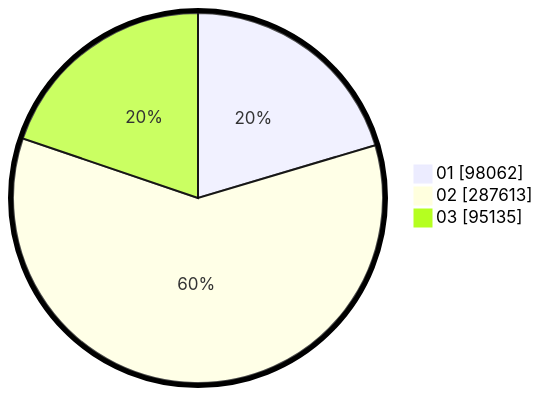
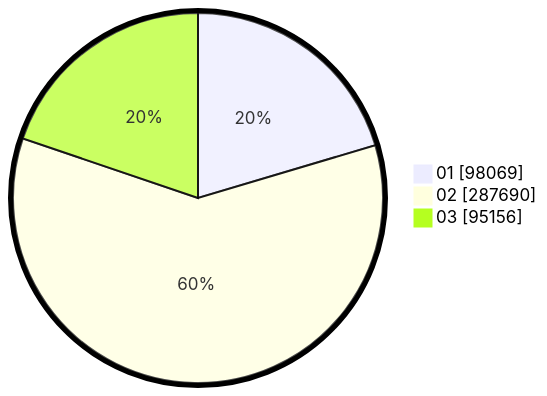
The second of 2 diagrams in pilpres/hitung-suara/sub/table-wilayah-99.md (gigit-pemilu/pemilu-2024), drawn with Mermaid before and after one commit. The commit also changed other lines of this file and 6 other files, not shown here.

````diff
--- a/pilpres/hitung-suara/sub/table-wilayah-99.md
+++ b/pilpres/hitung-suara/sub/table-wilayah-99.md
@@ -15,7 +15,7 @@
 ```mermaid
 %%{init: {"pie": {"textPosition": 0.5}, "themeVariables": {"pieOuterStrokeWidth": "5px"}} }%%
 pie showData
-    "01" : 98062
-    "02" : 287613
-    "03" : 95135
+    "01" : 98069
+    "02" : 287690
+    "03" : 95156
 ```
````
